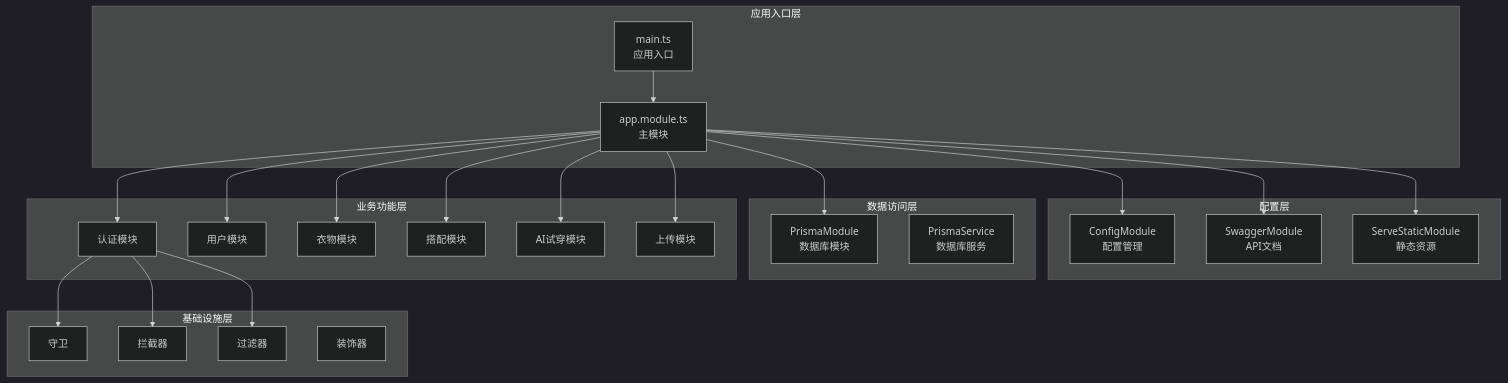
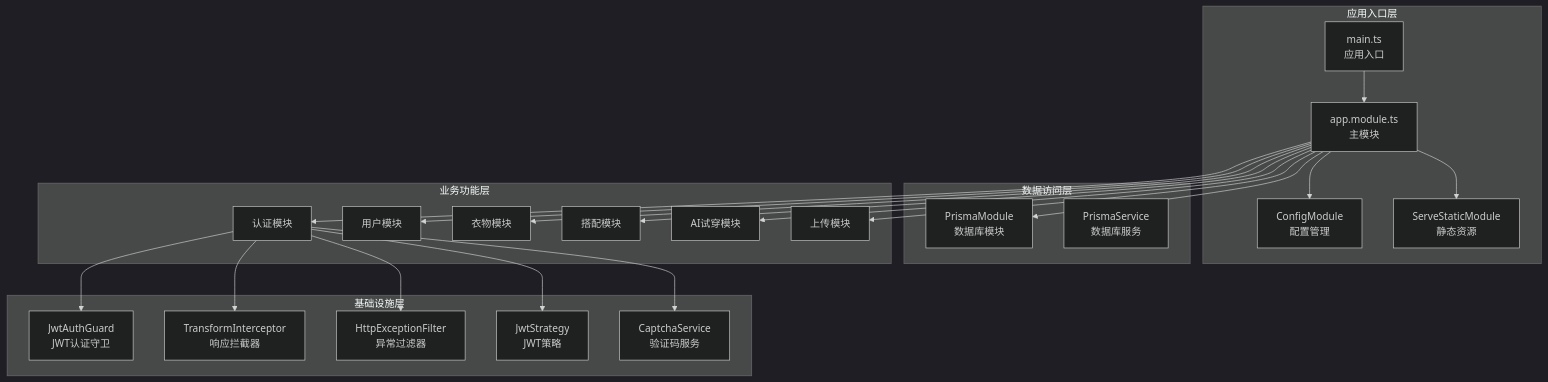
Before and after one commit to lsqwawa/free-dress: the first of 11 diagrams in .qoder/repowiki/zh/content/后端开发指南/后端开发指南.md, drawn with Mermaid (dark theme). The commit also changed other lines of this file and 74 other files, not shown here.

````diff
--- a/.qoder/repowiki/zh/content/后端开发指南/后端开发指南.md
+++ b/.qoder/repowiki/zh/content/后端开发指南/后端开发指南.md
@@ -44,44 +55,43 @@
 ```mermaid
 graph TB
 subgraph "应用入口层"
 Main[main.ts<br/>应用入口]
 AppModule[app.module.ts<br/>主模块]
-end
-subgraph "配置层"
-Config[ConfigModule<br/>配置管理]
-Swagger[SwaggerModule<br/>API文档]
-Static[ServeStaticModule<br/>静态资源]
+ConfigModule[ConfigModule<br/>配置管理]
+ServeStaticModule[ServeStaticModule<br/>静态资源]
 end
 subgraph "数据访问层"
 PrismaModule[PrismaModule<br/>数据库模块]
 PrismaService[PrismaService<br/>数据库服务]
 end
 subgraph "业务功能层"
 AuthModule[认证模块]
 UsersModule[用户模块]
 ClothesModule[衣物模块]
 OutfitsModule[搭配模块]
 TryonModule[AI试穿模块]
 UploadModule[上传模块]
 end
 subgraph "基础设施层"
-Guards[守卫]
-Interceptors[拦截器]
-Filters[过滤器]
-Decorators[装饰器]
+JwtAuthGuard[JwtAuthGuard<br/>JWT认证守卫]
+TransformInterceptor[TransformInterceptor<br/>响应拦截器]
+HttpExceptionFilter[HttpExceptionFilter<br/>异常过滤器]
+JwtStrategy[JwtStrategy<br/>JWT策略]
+CaptchaService[CaptchaService<br/>验证码服务]
 end
 Main --> AppModule
-AppModule --> Config
-AppModule --> Swagger
-AppModule --> Static
+AppModule --> ConfigModule
+AppModule --> ServeStaticModule
 AppModule --> PrismaModule
 AppModule --> AuthModule
 AppModule --> UsersModule
 AppModule --> ClothesModule
 AppModule --> OutfitsModule
 AppModule --> TryonModule
 AppModule --> UploadModule
-AuthModule --> Guards
-AuthModule --> Interceptors
-AuthModule --> Filters
+AuthModule --> JwtAuthGuard
+AuthModule --> TransformInterceptor
+AuthModule --> HttpExceptionFilter
+AuthModule --> JwtStrategy
+AuthModule --> CaptchaService
 ```
````
